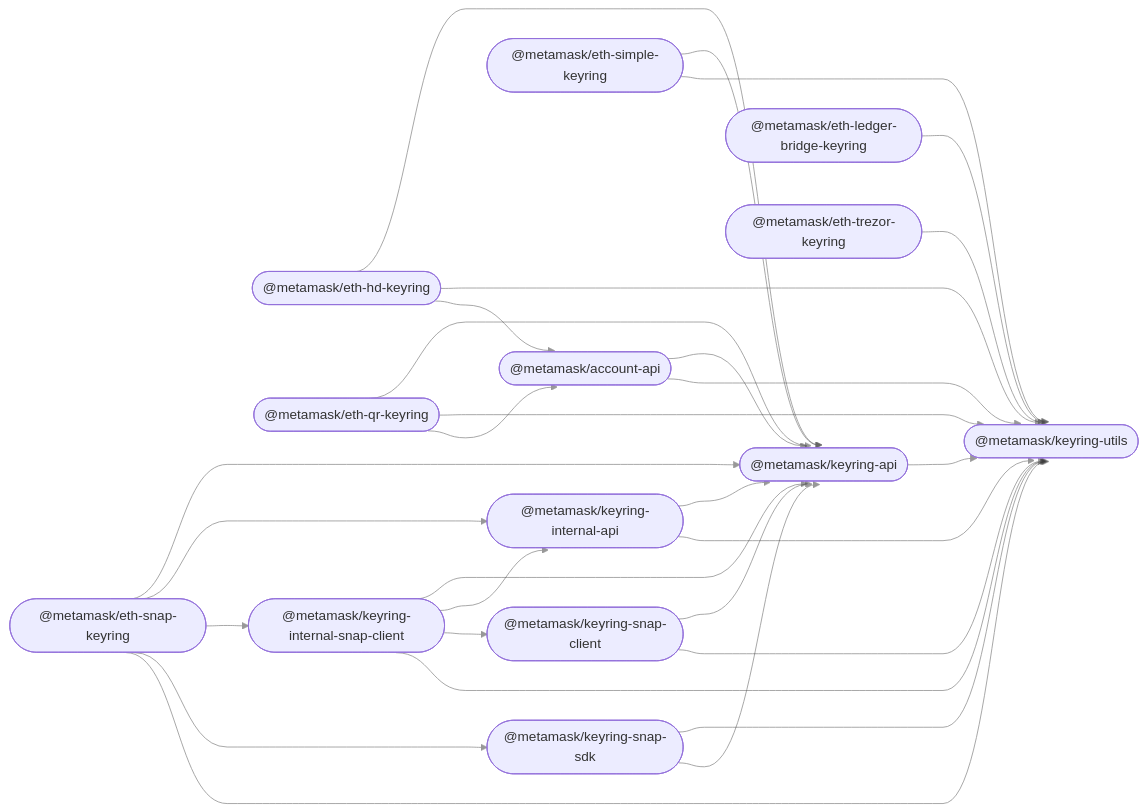
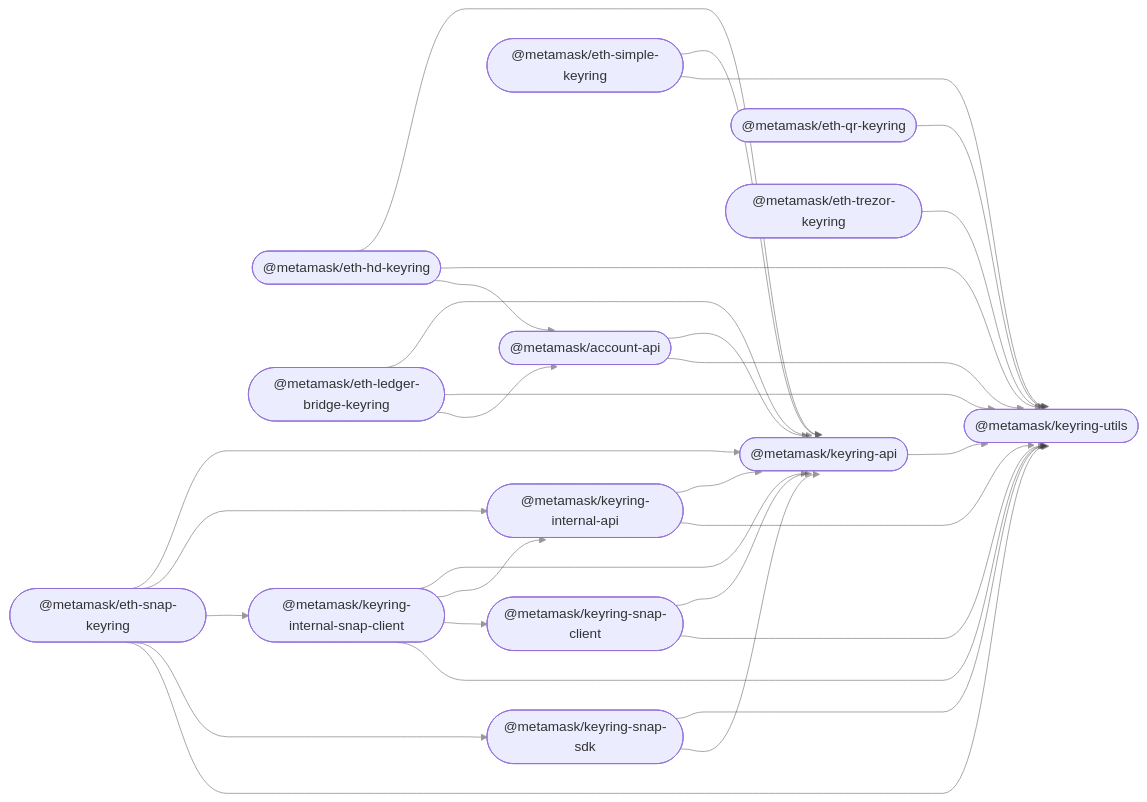
Before and after one commit to MetaMask/accounts: the diagram in README.md, drawn with Mermaid.

````diff
--- a/README.md
+++ b/README.md
@@ -35,46 +35,46 @@
 ```mermaid
 %%{ init: { 'flowchart': { 'curve': 'bumpX' } } }%%
 graph LR;
 linkStyle default opacity:0.5
   account_api(["@metamask/account-api"]);
   keyring_api(["@metamask/keyring-api"]);
   eth_hd_keyring(["@metamask/eth-hd-keyring"]);
   eth_ledger_bridge_keyring(["@metamask/eth-ledger-bridge-keyring"]);
   eth_qr_keyring(["@metamask/eth-qr-keyring"]);
   eth_simple_keyring(["@metamask/eth-simple-keyring"]);
   eth_trezor_keyring(["@metamask/eth-trezor-keyring"]);
   keyring_internal_api(["@metamask/keyring-internal-api"]);
   keyring_internal_snap_client(["@metamask/keyring-internal-snap-client"]);
   eth_snap_keyring(["@metamask/eth-snap-keyring"]);
   keyring_snap_client(["@metamask/keyring-snap-client"]);
   keyring_snap_sdk(["@metamask/keyring-snap-sdk"]);
   keyring_utils(["@metamask/keyring-utils"]);
   account_api --> keyring_api;
   account_api --> keyring_utils;
   keyring_api --> keyring_utils;
   eth_hd_keyring --> keyring_api;
   eth_hd_keyring --> keyring_utils;
   eth_hd_keyring --> account_api;
+  eth_ledger_bridge_keyring --> keyring_api;
   eth_ledger_bridge_keyring --> keyring_utils;
-  eth_qr_keyring --> keyring_api;
+  eth_ledger_bridge_keyring --> account_api;
   eth_qr_keyring --> keyring_utils;
-  eth_qr_keyring --> account_api;
   eth_simple_keyring --> keyring_api;
   eth_simple_keyring --> keyring_utils;
   eth_trezor_keyring --> keyring_utils;
   keyring_internal_api --> keyring_api;
   keyring_internal_api --> keyring_utils;
   keyring_internal_snap_client --> keyring_api;
   keyring_internal_snap_client --> keyring_internal_api;
   keyring_internal_snap_client --> keyring_snap_client;
   keyring_internal_snap_client --> keyring_utils;
   eth_snap_keyring --> keyring_api;
   eth_snap_keyring --> keyring_internal_api;
   eth_snap_keyring --> keyring_internal_snap_client;
   eth_snap_keyring --> keyring_snap_sdk;
   eth_snap_keyring --> keyring_utils;
   keyring_snap_client --> keyring_api;
   keyring_snap_client --> keyring_utils;
   keyring_snap_sdk --> keyring_utils;
   keyring_snap_sdk --> keyring_api;
 ```
````
